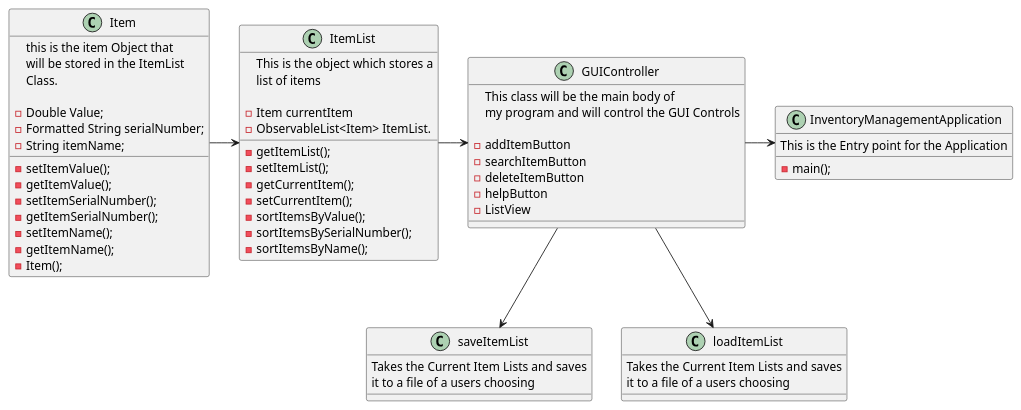
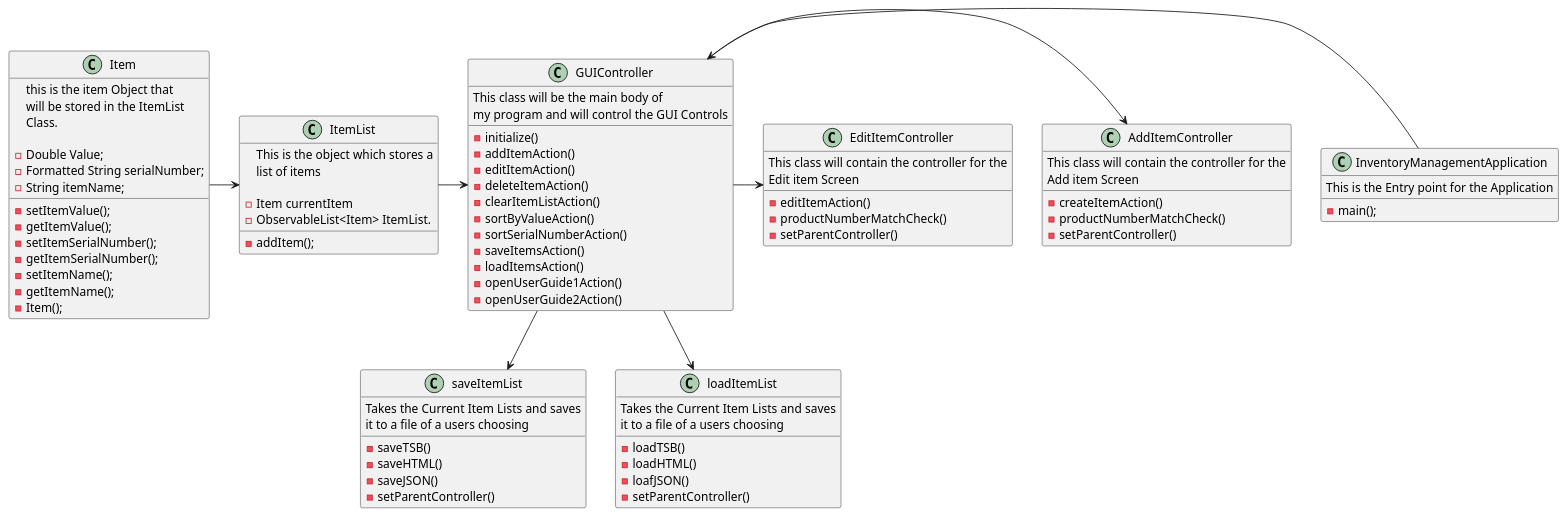
One commit to JOLeary5/OLeary-app2 changed the diagram in Docs/InventoryManagementApplication.puml. Above: the diagram before and after it, drawn with PlantUML.

Commit message:
Tiny update

```diff
--- a/Docs/InventoryManagementApplication.puml
+++ b/Docs/InventoryManagementApplication.puml
@@ -1,72 +1,94 @@
 @startuml
 'https://plantuml.com/class-diagram
-GUIController->InventoryManagementApplication
+GUIController<-InventoryManagementApplication
 GUIController-->saveItemList
 GUIController-->loadItemList
+GUIController->AddItemController
+GUIController->EditItemController
 ItemList->GUIController
 Item->ItemList
 
-
+class AddItemController{
+This class will contain the controller for the
+Add item Screen
+ - createItemAction()
+ - productNumberMatchCheck()
+ - setParentController()
+}
+class EditItemController{
+This class will contain the controller for the
+Edit item Screen
+ - editItemAction()
+ - productNumberMatchCheck()
+ - setParentController()
+}
 class InventoryManagementApplication{
 This is the Entry point for the Application
 
 -main();
 }
 
 class GUIController{
 This class will be the main body of
 my program and will control the GUI Controls
 
- -addItemButton
- -searchItemButton
- -deleteItemButton
- -helpButton
- -ListView
+ - initialize()
+ - addItemAction()
+ - editItemAction()
+ - deleteItemAction()
+ - clearItemListAction()
+ - sortByValueAction()
+ - sortSerialNumberAction()
+ - saveItemsAction()
+ - loadItemsAction()
+ - openUserGuide1Action()
+ - openUserGuide2Action()
 }
 
 class ItemList{
 This is the object which stores a
 list of items
 
  - Item currentItem
  - ObservableList<Item> ItemList.
-
- -getItemList();
- -setItemList();
- -getCurrentItem();
- -setCurrentItem();
- -sortItemsByValue();
- -sortItemsBySerialNumber();
- -sortItemsByName();
+ - addItem();
 }
 
 class Item{
 
    this is the item Object that
    will be stored in the ItemList
    Class.
 
  - Double Value;
  - Formatted String serialNumber;
  - String itemName;
 
  -setItemValue();
  -getItemValue();
  -setItemSerialNumber();
  -getItemSerialNumber();
  -setItemName();
  -getItemName();
  -Item();
 }
 
 class saveItemList{
 Takes the Current Item Lists and saves
 it to a file of a users choosing
-}
+ -saveTSB()
+ -saveHTML()
+ -saveJSON()
+ -setParentController()
+ }
 
 class loadItemList{
 Takes the Current Item Lists and saves
 it to a file of a users choosing
+  -loadTSB()
+  -loadHTML()
+  -loafJSON()
+  -setParentController()
 }
 
 @enduml
```
